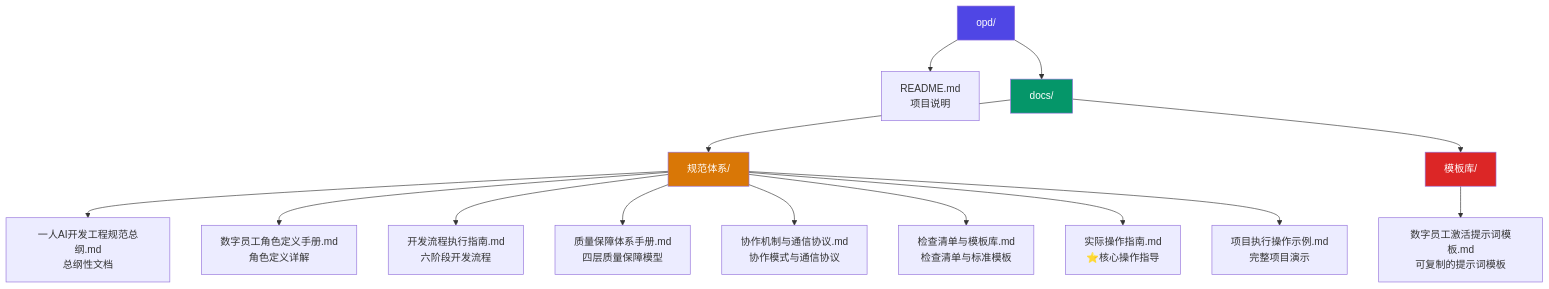
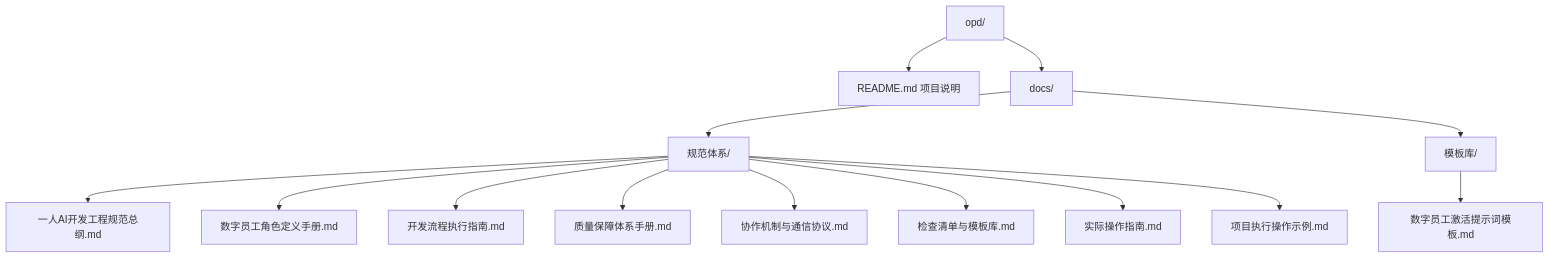
The second of 6 diagrams in README.md (winyeahs/opd), drawn with Mermaid before and after one commit. The commit also changed other lines of this file and 8 other files, not shown here.

````diff
--- a/README.md
+++ b/README.md
@@ -40,37 +40,32 @@
 ```mermaid
 graph TB
     Root[opd/]
-    README[README.md<br/>项目说明]
+    README[README.md 项目说明]
     Docs[docs/]
     Specs[规范体系/]
     Templates[模板库/]
     
-    Spec1[一人AI开发工程规范总纲.md<br/>总纲性文档]
-    Spec2[数字员工角色定义手册.md<br/>角色定义详解]
-    Spec3[开发流程执行指南.md<br/>六阶段开发流程]
-    Spec4[质量保障体系手册.md<br/>四层质量保障模型]
-    Spec5[协作机制与通信协议.md<br/>协作模式与通信协议]
-    Spec6[检查清单与模板库.md<br/>检查清单与标准模板]
-    Spec7[实际操作指南.md<br/>⭐核心操作指导]
-    Spec8[项目执行操作示例.md<br/>完整项目演示]
-    Temp1[数字员工激活提示词模板.md<br/>可复制的提示词模板]
+    Spec1[一人AI开发工程规范总纲.md]
+    Spec2[数字员工角色定义手册.md]
+    Spec3[开发流程执行指南.md]
+    Spec4[质量保障体系手册.md]
+    Spec5[协作机制与通信协议.md]
+    Spec6[检查清单与模板库.md]
+    Spec7[实际操作指南.md]
+    Spec8[项目执行操作示例.md]
+    Temp1[数字员工激活提示词模板.md]
     
     Root --> README
     Root --> Docs
     Docs --> Specs
     Docs --> Templates
     Specs --> Spec1
     Specs --> Spec2
     Specs --> Spec3
     Specs --> Spec4
     Specs --> Spec5
     Specs --> Spec6
     Specs --> Spec7
     Specs --> Spec8
     Templates --> Temp1
-    
-    style Root fill:#4F46E5,color:#fff
-    style Docs fill:#059669,color:#fff
-    style Specs fill:#D97706,color:#fff
-    style Templates fill:#DC2626,color:#fff
 ```
````
